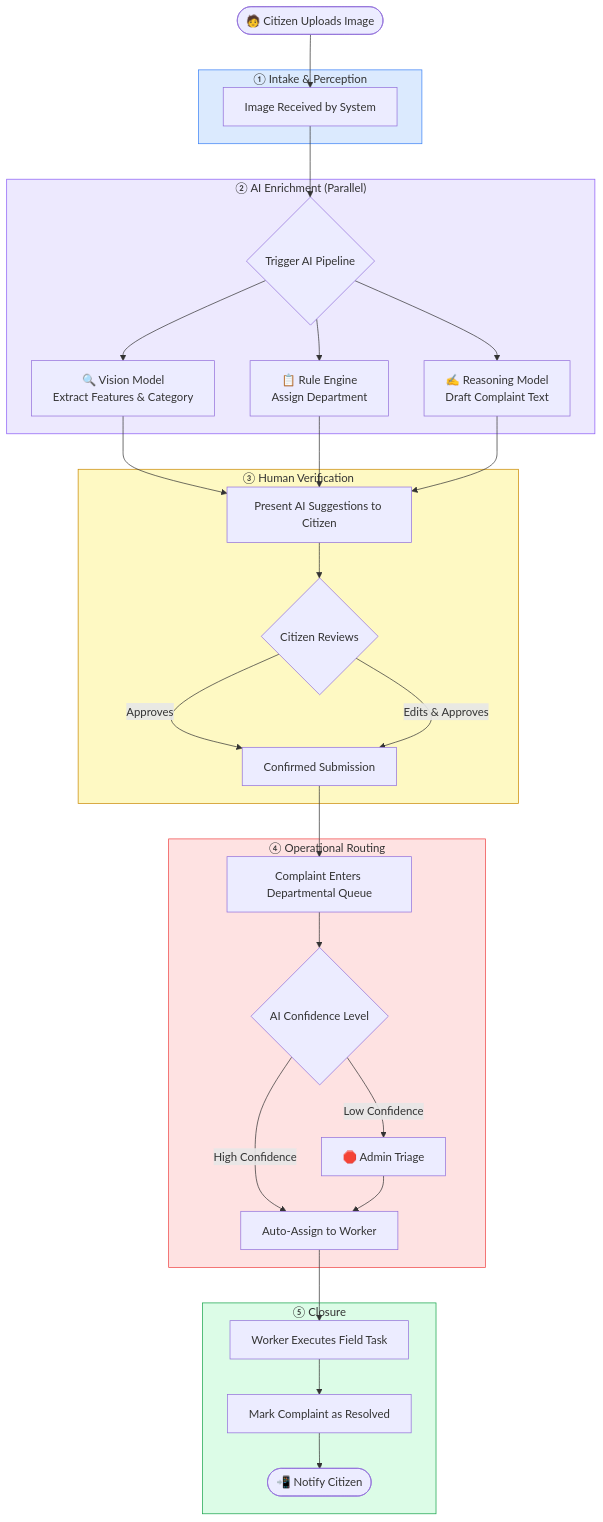
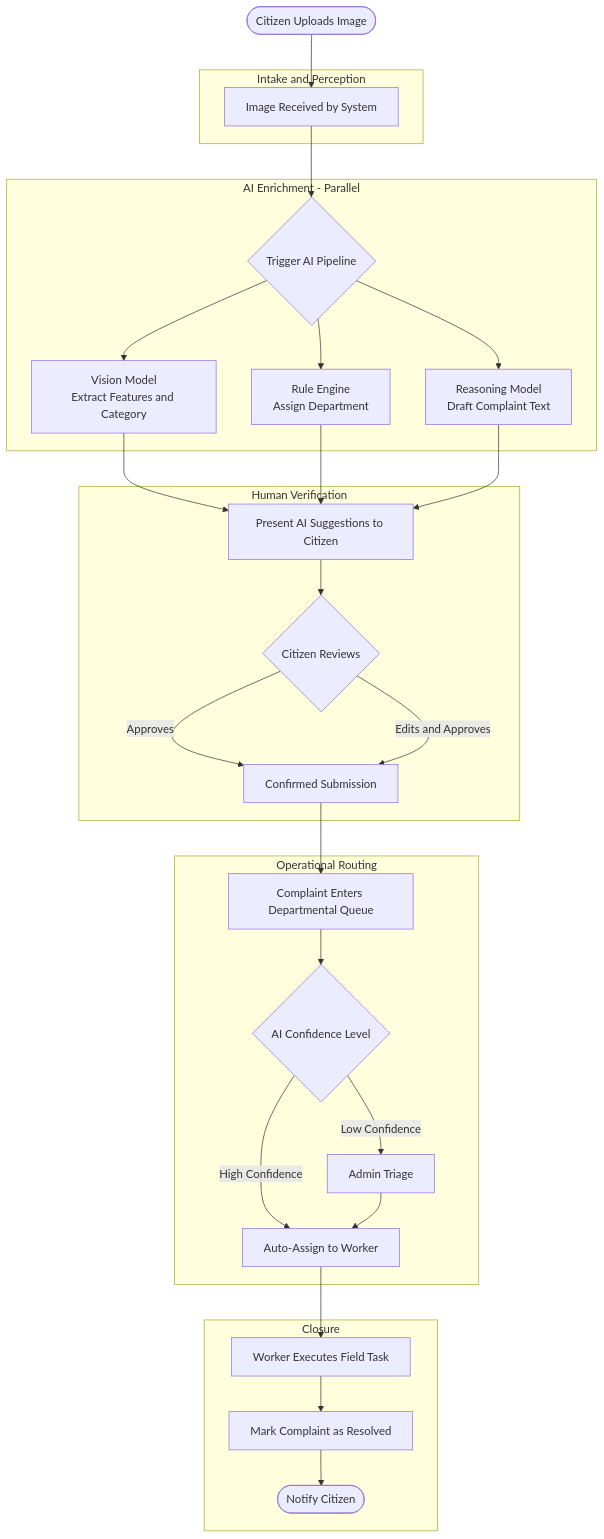
The first of 10 diagrams in docs/DIAGRAMS.md (ark5234/Jan-Sunwai-AI), drawn with Mermaid before and after one commit. The commit also changed other lines of this file and 14 other files, not shown here.

Commit message:
docs: add system design and implementation planning chapters with architecture diagrams to project report

````diff
--- a/docs/DIAGRAMS.md
+++ b/docs/DIAGRAMS.md
@@ -7,50 +7,46 @@
 ```mermaid
 flowchart TD
-    A([🧑 Citizen Uploads Image]) --> B
+    A([Citizen Uploads Image]) --> B
 
-    subgraph INTAKE ["① Intake & Perception"]
+    subgraph INTAKE ["Intake and Perception"]
         B[Image Received by System]
     end
 
     B --> C
 
-    subgraph AI_ENRICH ["② AI Enrichment (Parallel)"]
+    subgraph AI_ENRICH ["AI Enrichment - Parallel"]
         C{Trigger AI Pipeline}
-        C --> D[🔍 Vision Model\nExtract Features & Category]
-        C --> E[📋 Rule Engine\nAssign Department]
-        C --> F[✍️ Reasoning Model\nDraft Complaint Text]
+        C --> D[Vision Model\nExtract Features and Category]
+        C --> E[Rule Engine\nAssign Department]
+        C --> F[Reasoning Model\nDraft Complaint Text]
     end
 
     D & E & F --> G
 
-    subgraph HUMAN ["③ Human Verification"]
+    subgraph HUMAN ["Human Verification"]
         G[Present AI Suggestions to Citizen]
         G --> H{Citizen Reviews}
         H -->|Approves| I[Confirmed Submission]
-        H -->|Edits & Approves| I
+        H -->|Edits and Approves| I
     end
 
     I --> J
 
-    subgraph OPS ["④ Operational Routing"]
+    subgraph OPS ["Operational Routing"]
         J[Complaint Enters Departmental Queue]
         J --> K{AI Confidence Level}
         K -->|High Confidence| L[Auto-Assign to Worker]
-        K -->|Low Confidence| M[🛑 Admin Triage]
+        K -->|Low Confidence| M[Admin Triage]
         M --> L
     end
 
     L --> N
 
-    subgraph CLOSURE ["⑤ Closure"]
+    subgraph CLOSURE ["Closure"]
         N[Worker Executes Field Task]
         N --> O[Mark Complaint as Resolved]
-        O --> P([📲 Notify Citizen])
+        O --> P([Notify Citizen])
     end
 
-    style INTAKE fill:#dbeafe,stroke:#3b82f6
-    style AI_ENRICH fill:#ede9fe,stroke:#8b5cf6
-    style HUMAN fill:#fef9c3,stroke:#ca8a04
-    style OPS fill:#fee2e2,stroke:#ef4444
-    style CLOSURE fill:#dcfce7,stroke:#16a34a
+    
 ```
````
